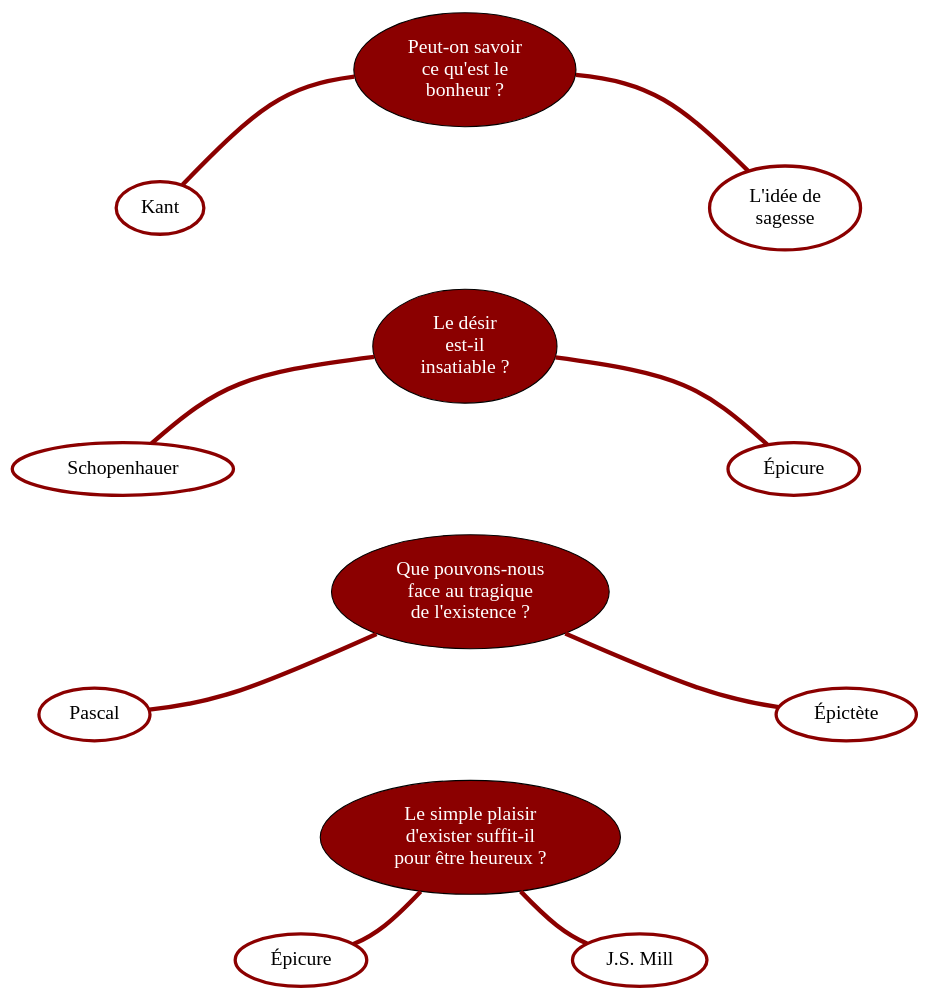
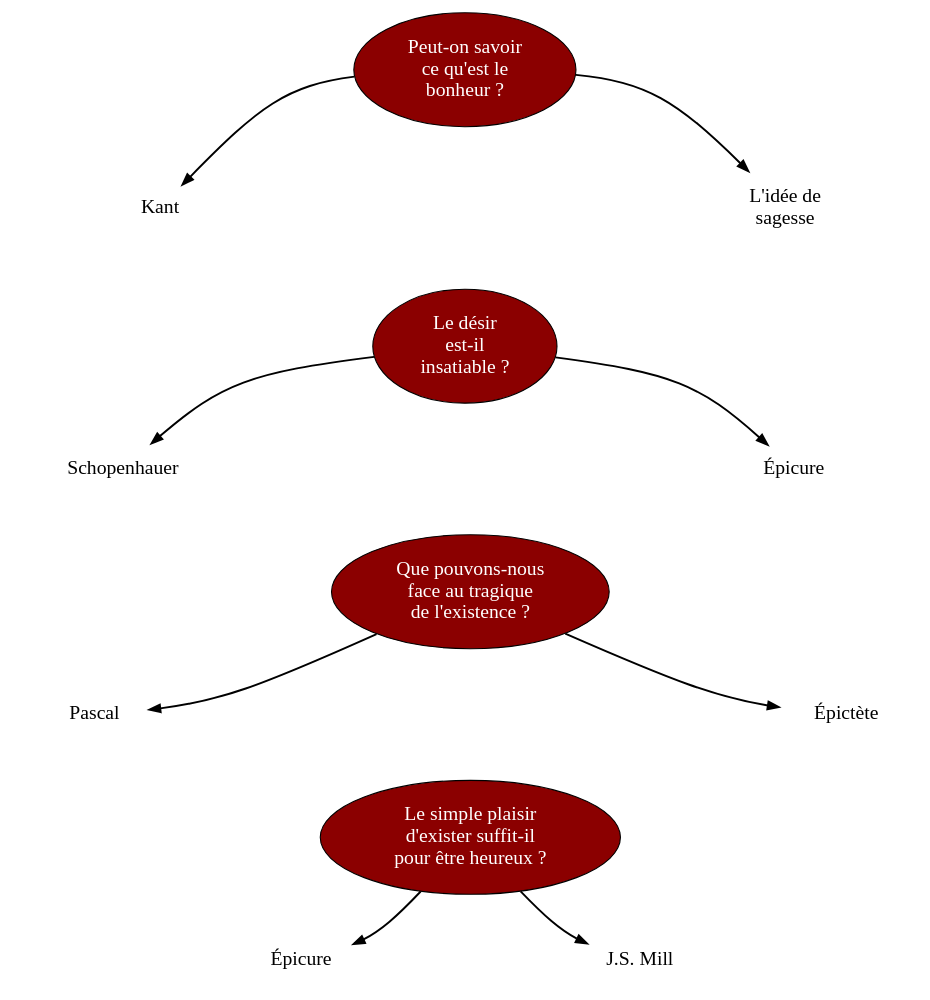
One commit to eyssette/graphviz-examples changed the diagram in plans/test-plan.dot. Above: the diagram before and after it, drawn with Graphviz. The commit also changed 1 other file, not shown here.

```diff
--- a/plans/test-plan.dot
+++ b/plans/test-plan.dot
@@ -1,47 +1,47 @@
 digraph G {
 splines=curved
 nodesep=2
 node[style="rounded, filled", shape=oval, margin=0.1, fillcolor=red4, penwidth=1, fontsize=18, fontcolor=white]
 edge[style=invis]
 
 a[label="Peut-on savoir
 ce qu'est le
 bonheur ?"]
 b[label="Que pouvons-nous
 face au tragique
 de l'existence ?"]
 c[label="Le désir
 est-il
 insatiable ?"]
 d[label="Le simple plaisir
 d'exister suffit-il
 pour être heureux ?"]
 
 a->c->b->d[minlen=2]
 
-node[color=red4, fillcolor=white, fontcolor=black, penwidth=3]
-edge[style="", color=red4, penwidth=4, arrowhead=none]
+node[color=red4, fillcolor=white, fontcolor=black, penwidth=0]
+edge[style="", penwidth=1.75]
 a->{a1,a2}
 b->{b1,b2}
 c->{c1,c2}
 d->{d1,d2}
 
 {rank=same
 a1,a2}
 
 a1->c1->b1->d1[style=invis]
 a2->c2->b2->d2[style=invis]
 
 a1[label="Kant"]
 a2[label="L'idée de
 sagesse"]
 b1[label="Pascal"]
 b2[label="Épictète"]
 c1[label="Schopenhauer"]
 c2[label="Épicure"]
 d1[label="Épicure"]
 d2[label="J.S. Mill"]
 
 
 
 }
```
